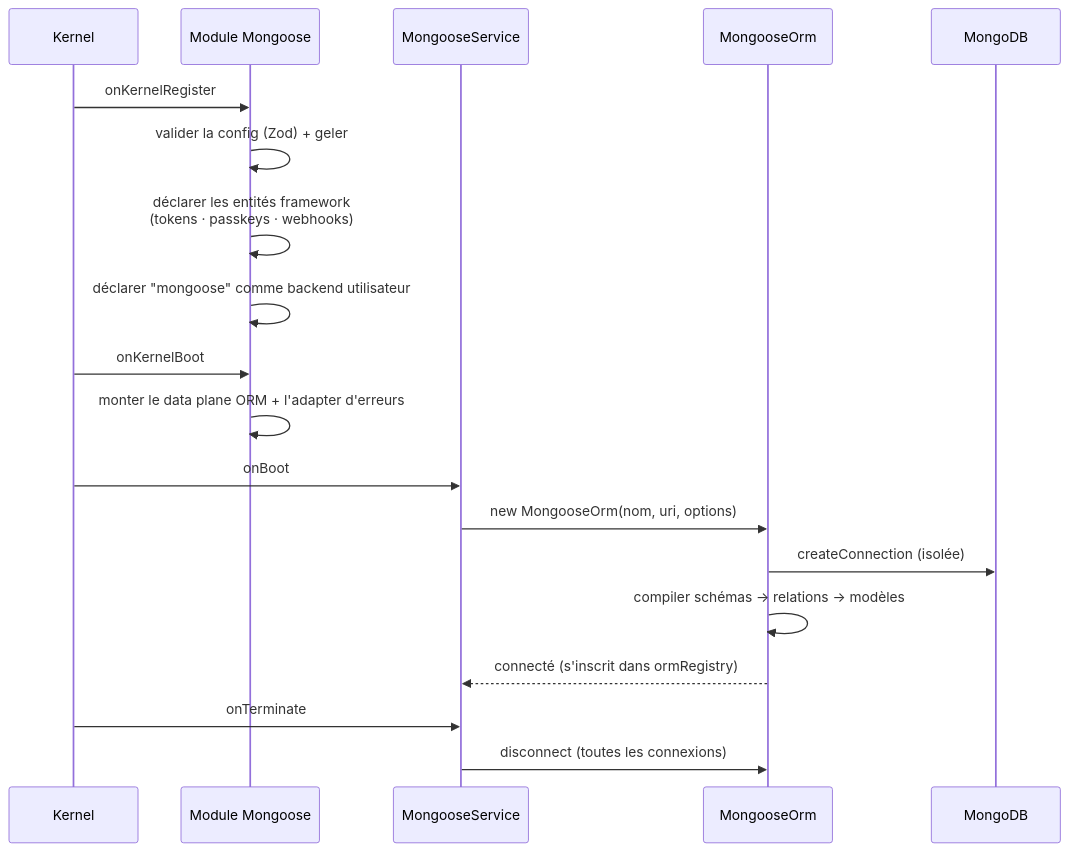
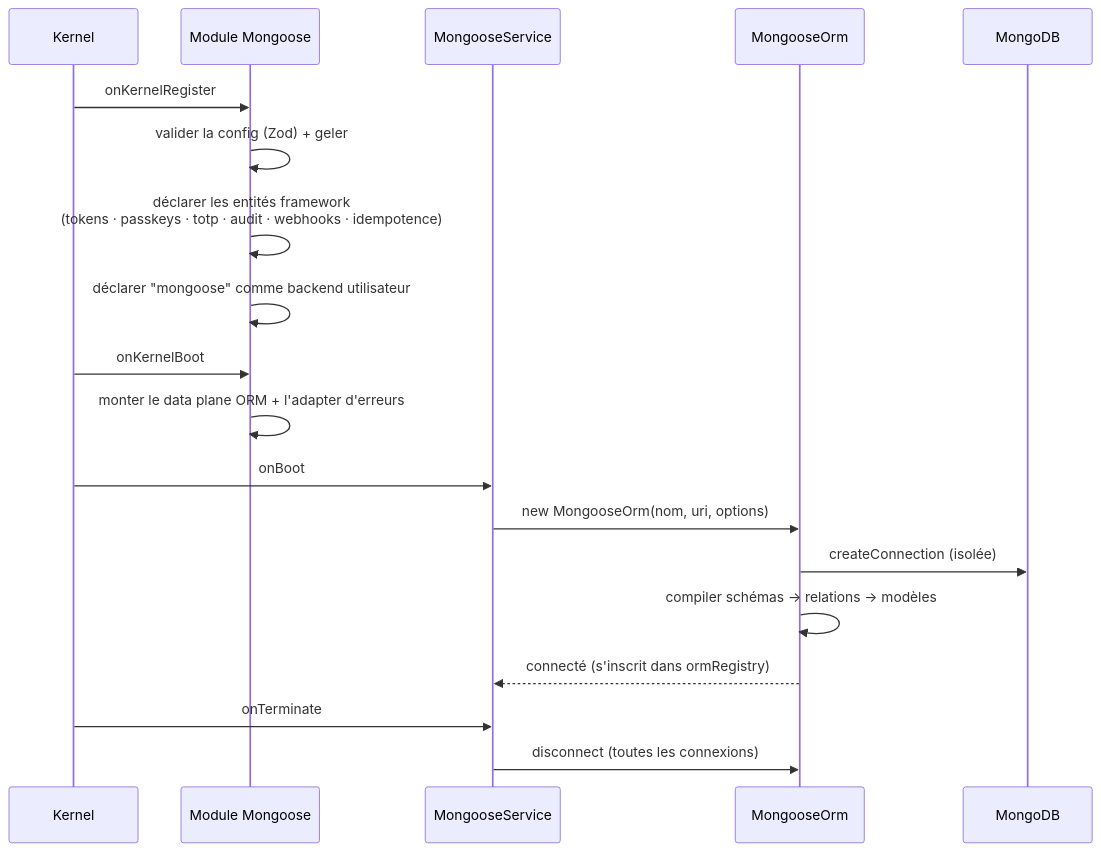
One commit to nodefony/nodefony-core changed the second of 2 diagrams in src/packages/@nodefony/mongoose/docs/index.md. Above: the diagram before and after it, drawn with Mermaid. The commit also changed other lines of this file and 3 other files, not shown here.

````diff
--- a/src/packages/@nodefony/mongoose/docs/index.md
+++ b/src/packages/@nodefony/mongoose/docs/index.md
@@ -462,22 +462,22 @@
 ```mermaid
 sequenceDiagram
   participant K as Kernel
   participant M as Module Mongoose
   participant S as MongooseService
   participant O as MongooseOrm
   participant DB as MongoDB
 
   K->>M: onKernelRegister
   M->>M: valider la config (Zod) + geler
-  M->>M: déclarer les entités framework<br/>(tokens · passkeys · webhooks)
+  M->>M: déclarer les entités framework<br/>(tokens · passkeys · totp · audit · webhooks · idempotence)
   M->>M: déclarer "mongoose" comme backend utilisateur
   K->>M: onKernelBoot
   M->>M: monter le data plane ORM + l'adapter d'erreurs
   K->>S: onBoot
   S->>O: new MongooseOrm(nom, uri, options)
   O->>DB: createConnection (isolée)
   O->>O: compiler schémas → relations → modèles
   O-->>S: connecté (s'inscrit dans ormRegistry)
   K->>S: onTerminate
   S->>O: disconnect (toutes les connexions)
 ```
````
